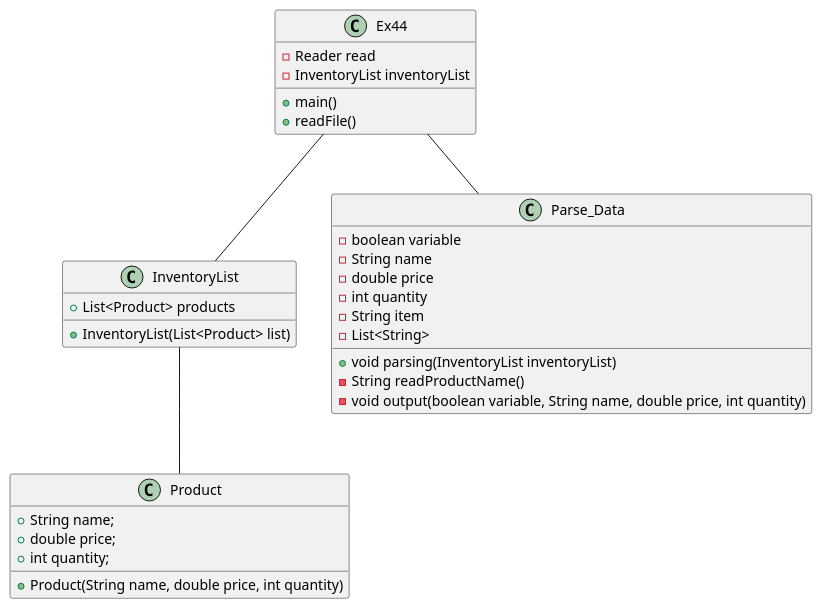
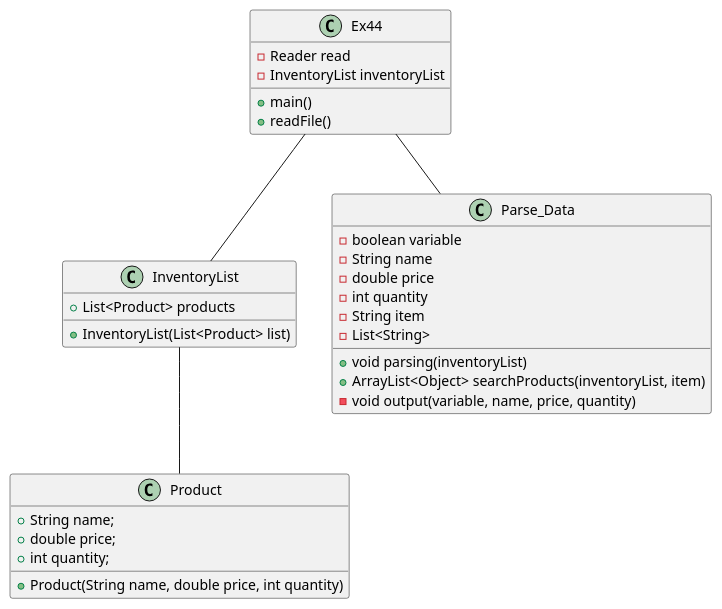
The diagram in src/main/java/oop/example/Ex44/Ex44_UML.puml (Kmullens1/mullens-cop3330-assignment3), drawn with PlantUML before and after one commit. The commit also changed 3 other files, not shown here.

```diff
--- a/src/main/java/oop/example/Ex44/Ex44_UML.puml
+++ b/src/main/java/oop/example/Ex44/Ex44_UML.puml
@@ -1,43 +1,43 @@
 @startuml
 'https://plantuml.com/sequence-diagram
 
 class Ex44{
     - Reader read
     - InventoryList inventoryList
 
     + main()
     + readFile()
 }
 
 class InventoryList{
     +List<Product> products
 
     +InventoryList(List<Product> list)
 }
 
 class Product{
     + String name;
     + double price;
     + int quantity;
 
     +Product(String name, double price, int quantity)
 }
 
 Class Parse_Data{
      - boolean variable
      - String name
      - double price
      - int quantity
      - String item
      - List<String>
 
-    + void parsing(InventoryList inventoryList)
-    - String readProductName()
-    - void output(boolean variable, String name, double price, int quantity)
+    + void parsing(inventoryList)
+    + ArrayList<Object> searchProducts(inventoryList, item)
+    - void output(variable, name, price, quantity)
 }
 
 Ex44 -- InventoryList
 Ex44 -- Parse_Data
 InventoryList -- Product
 
 @enduml
```
